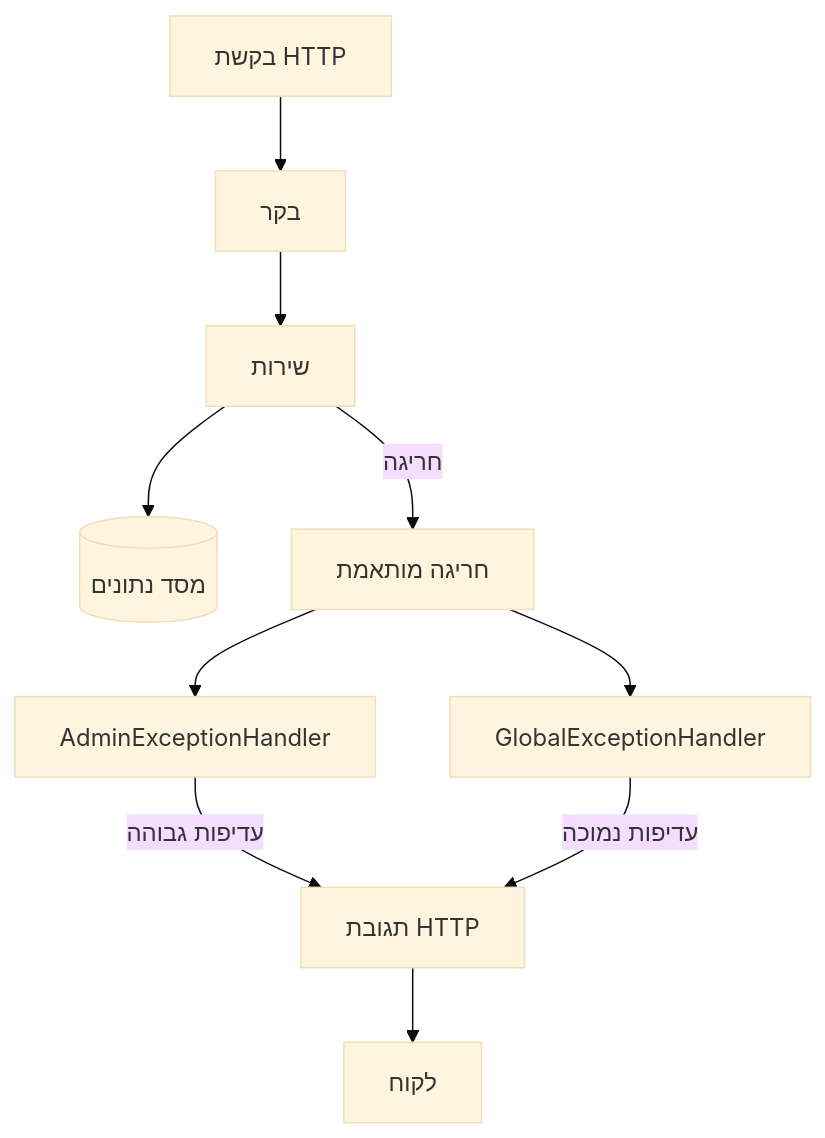
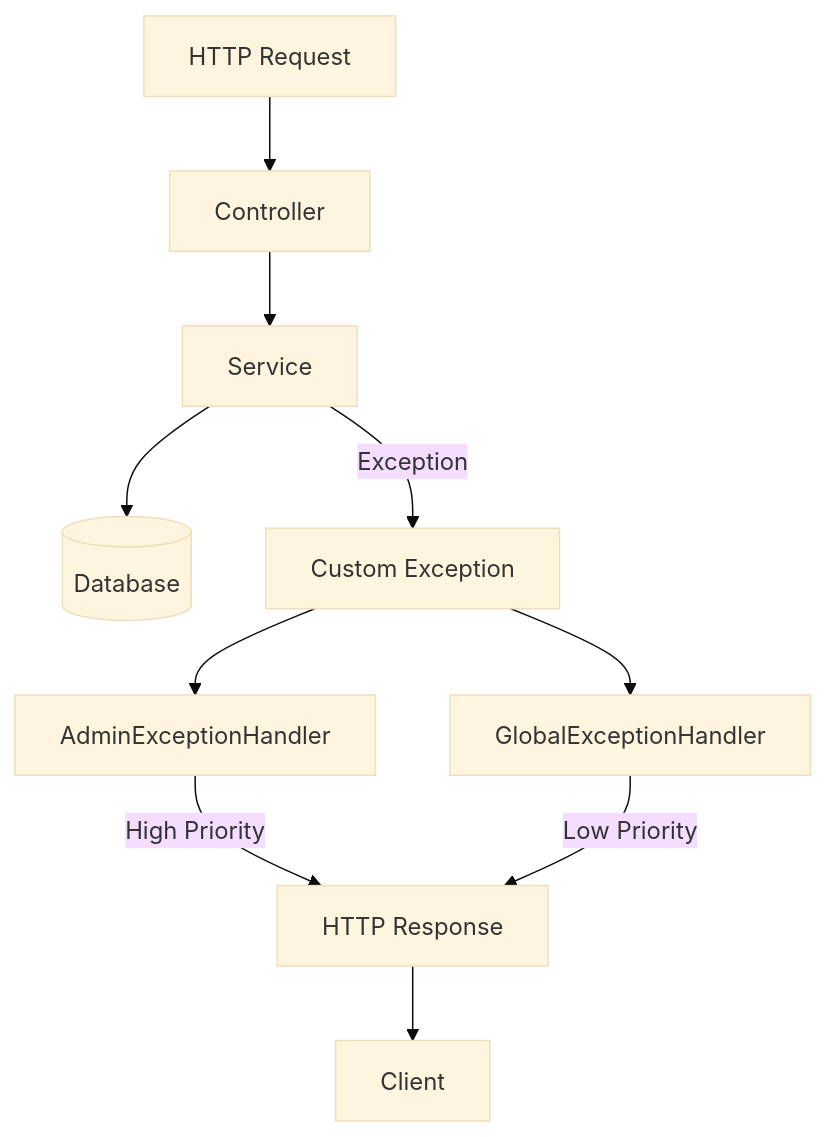
One commit to EliGuriel/Course_Meeting5 changed the fourth of 11 diagrams in Stage6/תיעוד פרויקט ניהול משתמשים ותפקידים - Stage6.md. Above: the diagram before and after it, drawn with Mermaid (base theme). The commit also changed other lines of this file and 19 other files, not shown here.

````diff
--- a/Stage6/תיעוד פרויקט ניהול משתמשים ותפקידים - Stage6.md
+++ b/Stage6/תיעוד פרויקט ניהול משתמשים ותפקידים - Stage6.md
@@ -252,15 +252,15 @@
 ```mermaid
 graph TD
-    Request[בקשת HTTP] --> Controller[בקר]
-    Controller --> Service[שירות]
-    Service --> DB[(מסד נתונים)]
-    Service --חריגה--> Exception[חריגה מותאמת]
+    Request[HTTP Request] --> Controller[Controller]
+    Controller --> Service[Service]
+    Service --> DB[(Database)]
+    Service --Exception--> Exception[Custom Exception]
     
     Exception --> AdminHandler[AdminExceptionHandler]
     Exception --> GlobalHandler[GlobalExceptionHandler]
     
-    AdminHandler -- עדיפות גבוהה --> Response[תגובת HTTP]
-    GlobalHandler -- עדיפות נמוכה --> Response
+    AdminHandler -- High Priority --> Response[HTTP Response]
+    GlobalHandler -- Low Priority --> Response
     
-    Response --> Client[לקוח]
+    Response --> Client[Client]
 ```
````
